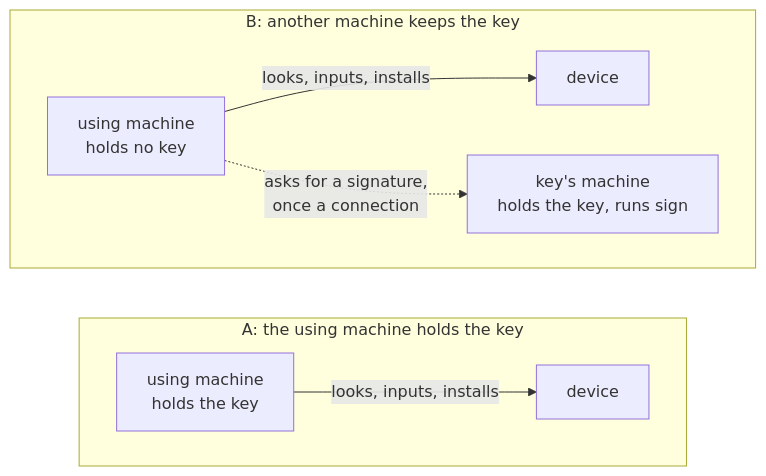
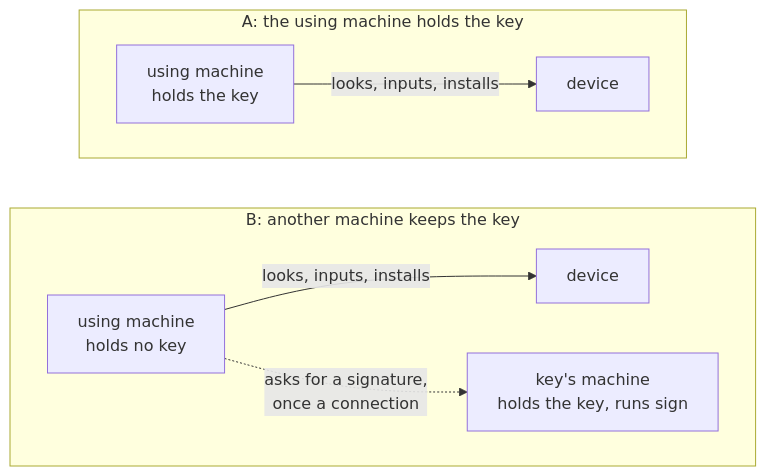
Before and after one commit to mh-mobile/RoamRun: the first of 4 diagrams in Rust/roamrunctl/README.md, drawn with Mermaid. The commit also changed other lines of this file, not shown here.

Commit message:
The first figure: A above B

````diff
--- a/Rust/roamrunctl/README.md
+++ b/Rust/roamrunctl/README.md
@@ -70,12 +70,12 @@
 ```mermaid
 flowchart LR
-  subgraph a["A: the using machine holds the key"]
-    direction LR
-    ua["using machine<br/>holds the key"] -->|"looks, inputs, installs"| da["device"]
-  end
   subgraph b["B: another machine keeps the key"]
     direction LR
     ub["using machine<br/>holds no key"] -->|"looks, inputs, installs"| db["device"]
     ub -.->|"asks for a signature,<br/>once a connection"| kb["key's machine<br/>holds the key, runs sign"]
   end
+  subgraph a["A: the using machine holds the key"]
+    direction LR
+    ua["using machine<br/>holds the key"] -->|"looks, inputs, installs"| da["device"]
+  end
 ```
````
